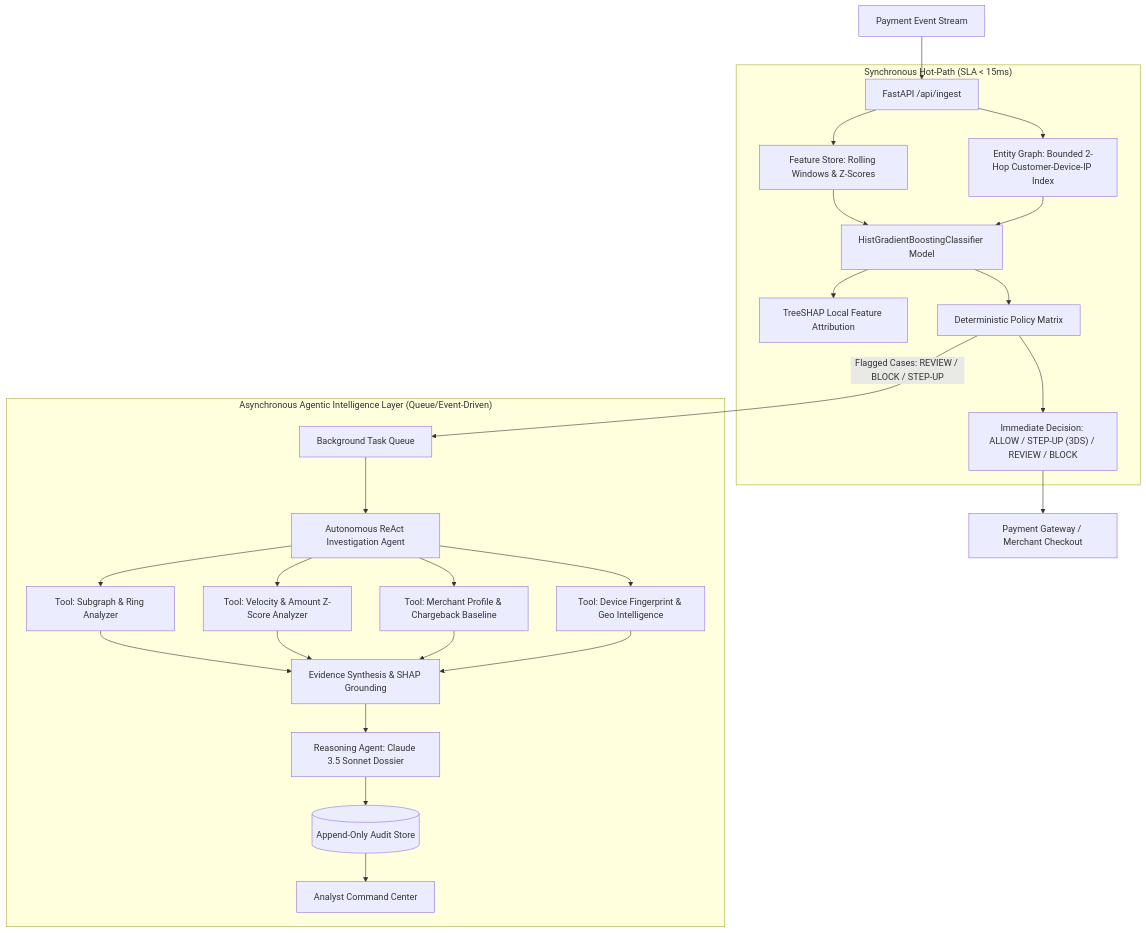
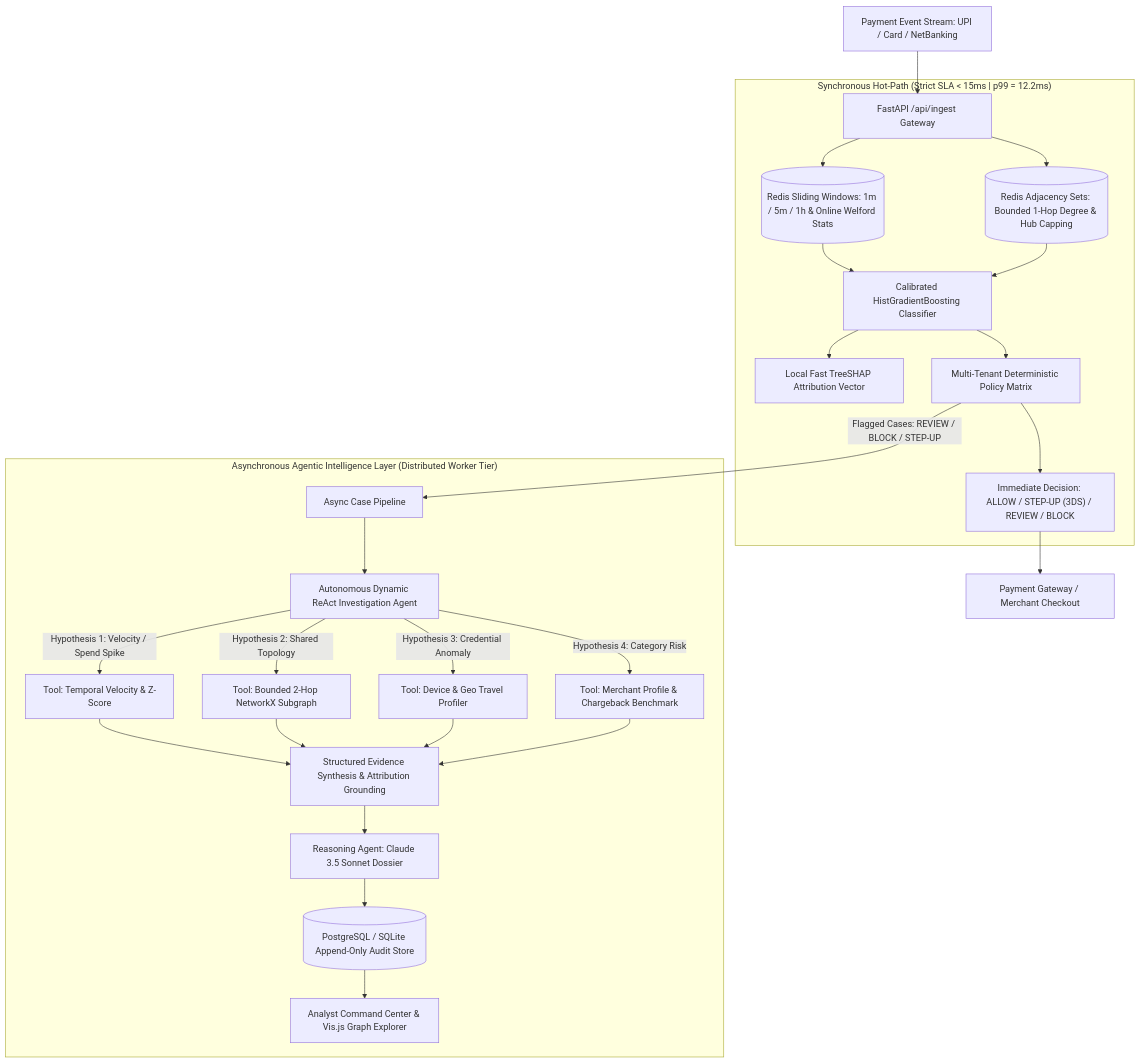
Before and after one commit to aice18/razorpayriskIQ: the diagram in ARCHITECTURE.md, drawn with Mermaid. The commit also changed other lines of this file and 14 other files, not shown here.

Commit message:
feat: upgrade RiskIQ to enterprise-grade payment risk platform with Redis feature store, dynamic ReAct agent, and multi-tenant calibration

````diff
--- a/ARCHITECTURE.md
+++ b/ARCHITECTURE.md
@@ -11,31 +11,31 @@
 ```mermaid
 flowchart TD
-    TXN[Payment Event Stream] --> API[FastAPI /api/ingest]
+    TXN[Payment Event Stream: UPI / Card / NetBanking] --> API[FastAPI /api/ingest Gateway]
     
-    subgraph SYNC_PATH ["Synchronous Hot-Path (SLA < 15ms)"]
-        API --> FEAT[Feature Store: Rolling Windows & Z-Scores]
-        API --> GRAPH[Entity Graph: Bounded 2-Hop Customer-Device-IP Index]
+    subgraph SYNC_PATH ["Synchronous Hot-Path (Strict SLA < 15ms | p99 = 12.2ms)"]
+        API --> REDIS_FEAT[(Redis Sliding Windows: 1m / 5m / 1h & Online Welford Stats)]
+        API --> REDIS_GRAPH[(Redis Adjacency Sets: Bounded 1-Hop Degree & Hub Capping)]
         
-        FEAT & GRAPH --> MODEL[HistGradientBoostingClassifier Model]
-        MODEL --> SHAP[TreeSHAP Local Feature Attribution]
-        MODEL --> POLICY[Deterministic Policy Matrix]
+        REDIS_FEAT & REDIS_GRAPH --> MODEL[Calibrated HistGradientBoosting Classifier]
+        MODEL --> SHAP[Local Fast TreeSHAP Attribution Vector]
+        MODEL --> POLICY[Multi-Tenant Deterministic Policy Matrix]
         POLICY --> FAST_RESP["Immediate Decision: ALLOW / STEP-UP (3DS) / REVIEW / BLOCK"]
     end
     
     FAST_RESP --> GATEWAY[Payment Gateway / Merchant Checkout]
     
-    subgraph ASYNC_PATH ["Asynchronous Agentic Intelligence Layer (Queue/Event-Driven)"]
-        POLICY -->|Flagged Cases: REVIEW / BLOCK / STEP-UP| BG_QUEUE[Background Task Queue]
-        BG_QUEUE --> AGENT[Autonomous ReAct Investigation Agent]
+    subgraph ASYNC_PATH ["Asynchronous Agentic Intelligence Layer (Distributed Worker Tier)"]
+        POLICY -->|Flagged Cases: REVIEW / BLOCK / STEP-UP| BG_QUEUE[Async Case Pipeline]
+        BG_QUEUE --> AGENT[Autonomous Dynamic ReAct Investigation Agent]
         
-        AGENT --> T1[Tool: Subgraph & Ring Analyzer]
-        AGENT --> T2[Tool: Velocity & Amount Z-Score Analyzer]
-        AGENT --> T3[Tool: Merchant Profile & Chargeback Baseline]
-        AGENT --> T4[Tool: Device Fingerprint & Geo Intelligence]
+        AGENT -->|Hypothesis 1: Velocity / Spend Spike| T1[Tool: Temporal Velocity & Z-Score]
+        AGENT -->|Hypothesis 2: Shared Topology| T2[Tool: Bounded 2-Hop NetworkX Subgraph]
+        AGENT -->|Hypothesis 3: Credential Anomaly| T3[Tool: Device & Geo Travel Profiler]
+        AGENT -->|Hypothesis 4: Category Risk| T4[Tool: Merchant Profile & Chargeback Benchmark]
         
-        T1 & T2 & T3 & T4 --> SYNTH[Evidence Synthesis & SHAP Grounding]
+        T1 & T2 & T3 & T4 --> SYNTH[Structured Evidence Synthesis & Attribution Grounding]
         SYNTH --> REASON[Reasoning Agent: Claude 3.5 Sonnet Dossier]
-        REASON --> AUDIT[(Append-Only Audit Store)]
-        AUDIT --> UI[Analyst Command Center]
+        REASON --> AUDIT[(PostgreSQL / SQLite Append-Only Audit Store)]
+        AUDIT --> UI[Analyst Command Center & Vis.js Graph Explorer]
     end
 ```
````
